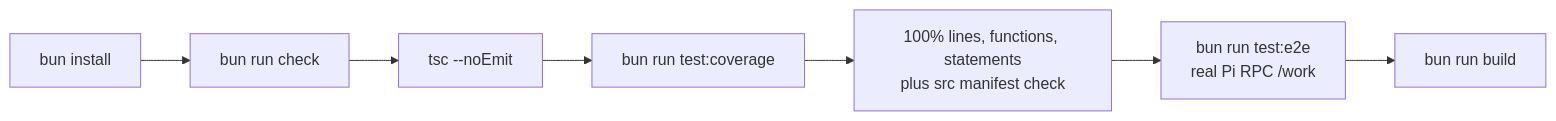
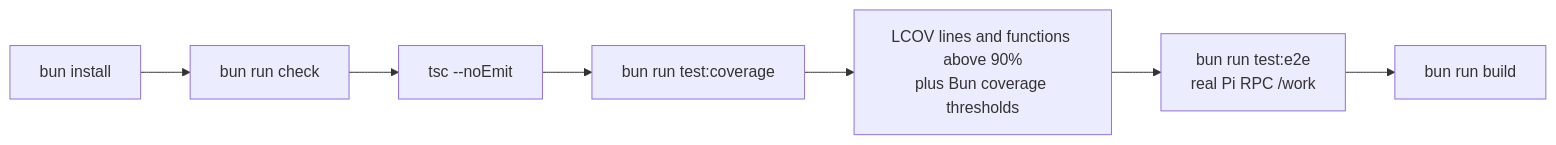
The first of 5 diagrams in openwiki/development/testing.md (wichayutdew/pi-workflows), drawn with Mermaid before and after one commit. The commit also changed other lines of this file and 4 other files, not shown here.

````diff
--- a/openwiki/development/testing.md
+++ b/openwiki/development/testing.md
@@ -5,9 +5,9 @@
 ```mermaid
 flowchart LR
   Install[bun install] --> Check[bun run check]
   Check --> Typecheck[tsc --noEmit]
   Typecheck --> Tests[bun run test:coverage]
-  Tests --> Coverage[100% lines, functions, statements<br/>plus src manifest check]
+  Tests --> Coverage[LCOV lines and functions above 90%<br/>plus Bun coverage thresholds]
   Coverage --> E2E[bun run test:e2e<br/>real Pi RPC /work]
   E2E --> Build[bun run build]
 ```
````
